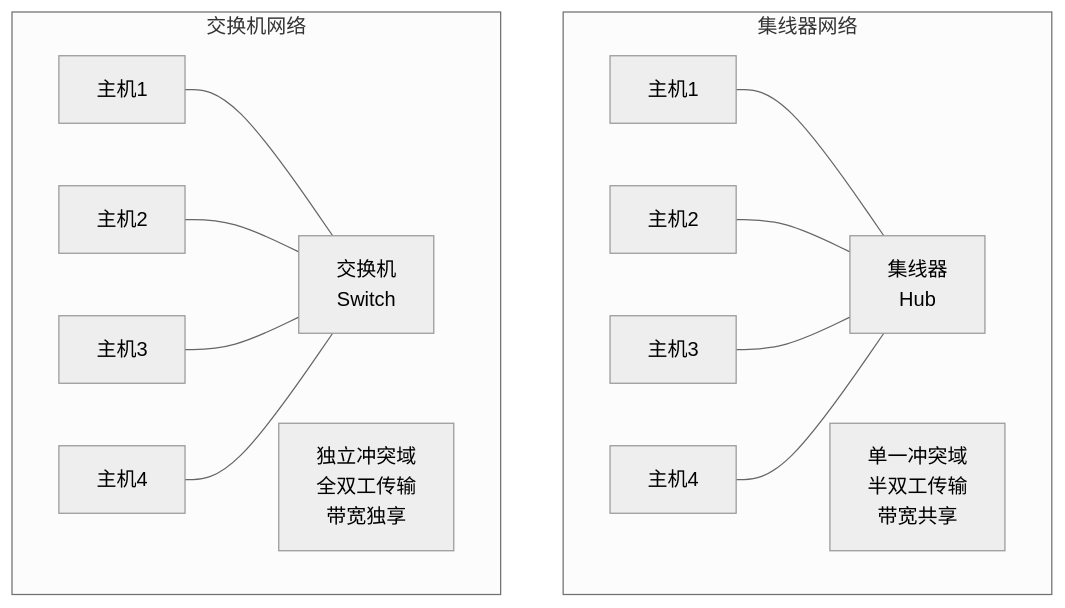
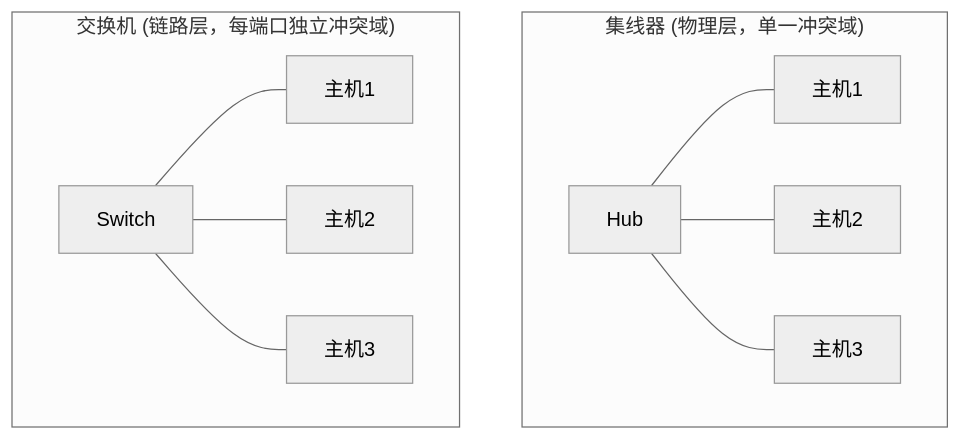
The third of 8 diagrams in 计算机网络/6.4链路层：交换局域网.md (Dtheme/CS-base), drawn with Mermaid (neutral theme) before and after one commit. The commit also changed other lines of this file and 51 other files, not shown here.

````diff
--- a/计算机网络/6.4链路层：交换局域网.md
+++ b/计算机网络/6.4链路层：交换局域网.md
@@ -326,32 +244,22 @@
 ```mermaid
 graph TB
-    subgraph "集线器网络"
-        Hub["集线器<br/>Hub"]
-        H1["主机1"] 
+    subgraph HUB["集线器 (物理层，单一冲突域)"]
+        Hub["Hub"]
+        H1["主机1"]
         H2["主机2"]
         H3["主机3"]
-        H4["主机4"]
-        
-        H1 --- Hub
-        H2 --- Hub  
-        H3 --- Hub
-        H4 --- Hub
-        
-        Note1["单一冲突域<br/>半双工传输<br/>带宽共享"]
+        Hub --- H1
+        Hub --- H2
+        Hub --- H3
     end
-    
-    subgraph "交换机网络"
-        Switch["交换机<br/>Switch"]
+
+    subgraph SW["交换机 (链路层，每端口独立冲突域)"]
+        Switch["Switch"]
         S1["主机1"]
-        S2["主机2"] 
+        S2["主机2"]
         S3["主机3"]
-        S4["主机4"]
-        
-        S1 --- Switch
-        S2 --- Switch
-        S3 --- Switch
-        S4 --- Switch
-        
-        Note2["独立冲突域<br/>全双工传输<br/>带宽独享"]
+        Switch --- S1
+        Switch --- S2
+        Switch --- S3
     end
 ```
````
